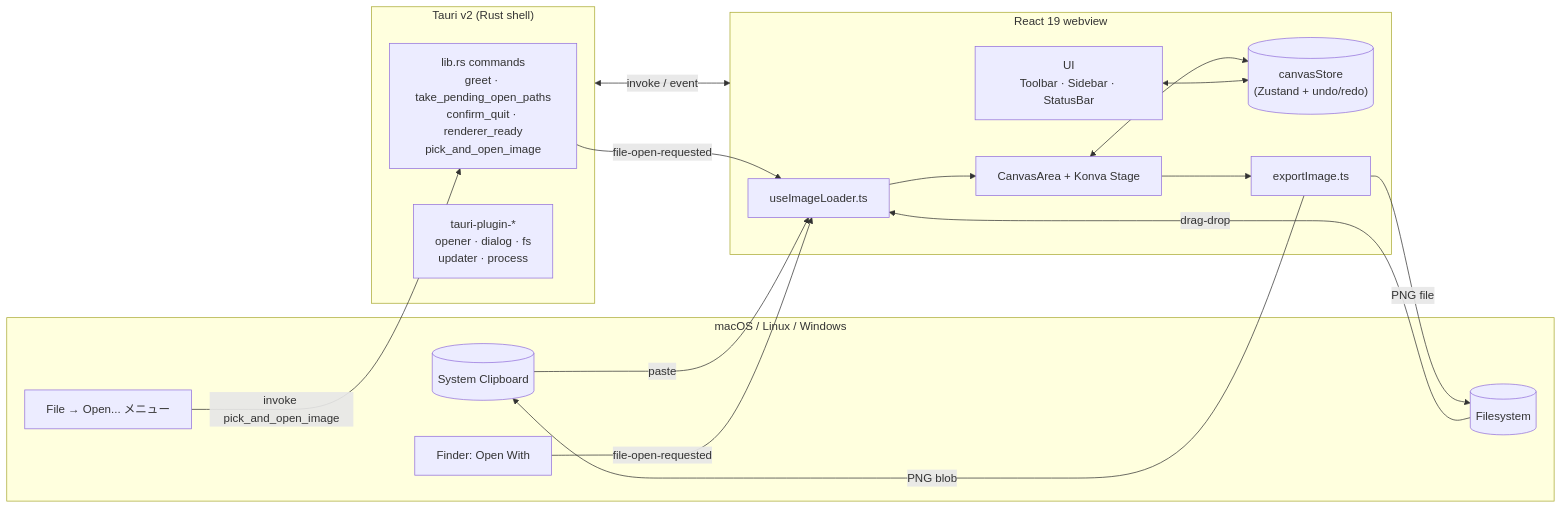
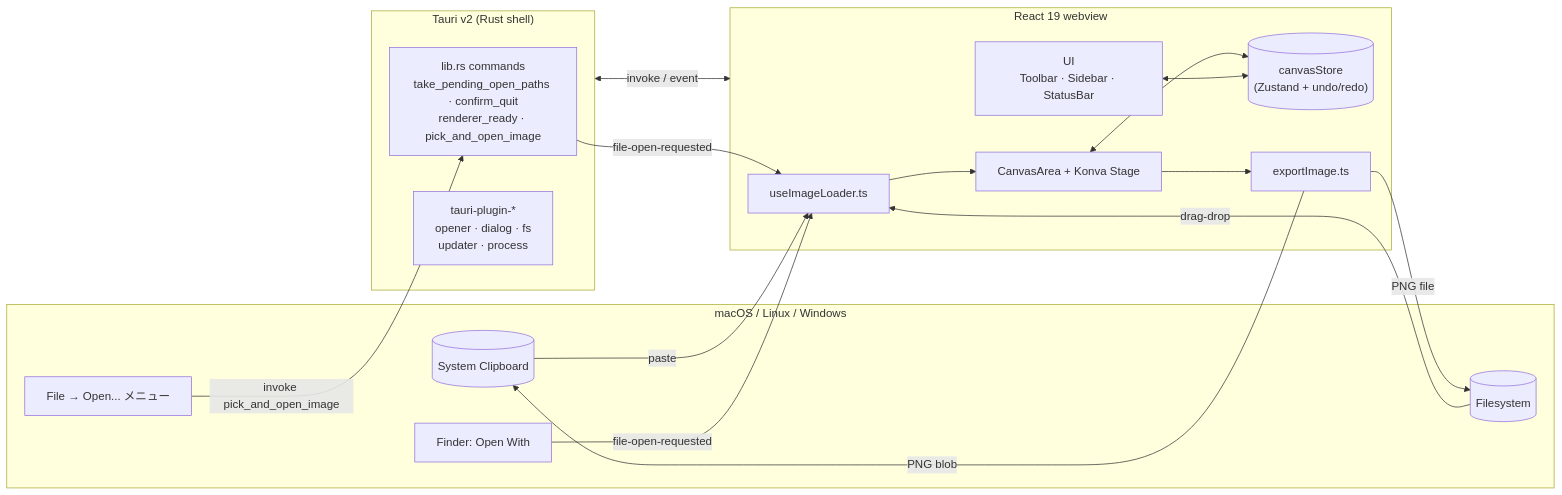
The first of 5 diagrams in site/src/content/docs/ja/architecture.mdx (takecy/marianne), drawn with Mermaid before and after one commit. The commit also changed 45 other files, not shown here.

````diff
--- a/site/src/content/docs/ja/architecture.mdx
+++ b/site/src/content/docs/ja/architecture.mdx
@@ -12,35 +12,35 @@
 ```mermaid
 graph LR
   subgraph OS["macOS / Linux / Windows"]
     Clipboard[(System Clipboard)]
     Filesystem[(Filesystem)]
     Finder[Finder: Open With]
     Menubar[File → Open... メニュー]
   end
 
   subgraph Tauri["Tauri v2 (Rust shell)"]
-    RustCmds["lib.rs commands<br/>greet · take_pending_open_paths<br/>confirm_quit · renderer_ready<br/>pick_and_open_image"]
+    RustCmds["lib.rs commands<br/>take_pending_open_paths · confirm_quit<br/>renderer_ready · pick_and_open_image"]
     Plugins["tauri-plugin-*<br/>opener · dialog · fs<br/>updater · process"]
   end
 
   subgraph Webview["React 19 webview"]
     UI["UI<br/>Toolbar · Sidebar · StatusBar"]
     Canvas["CanvasArea + Konva Stage"]
     Loader["useImageLoader.ts"]
     Store[("canvasStore<br/>(Zustand + undo/redo)")]
     Export["exportImage.ts"]
   end
 
   Clipboard -->|paste| Loader
   Filesystem -->|drag-drop| Loader
   Finder -->|file-open-requested| Loader
   Menubar -->|invoke pick_and_open_image| RustCmds
   RustCmds -->|file-open-requested| Loader
   Loader --> Canvas
   Canvas <--> Store
   UI <--> Store
   Canvas --> Export
   Export -->|PNG file| Filesystem
   Export -->|PNG blob| Clipboard
   Tauri <-->|invoke / event| Webview
 ```
````
